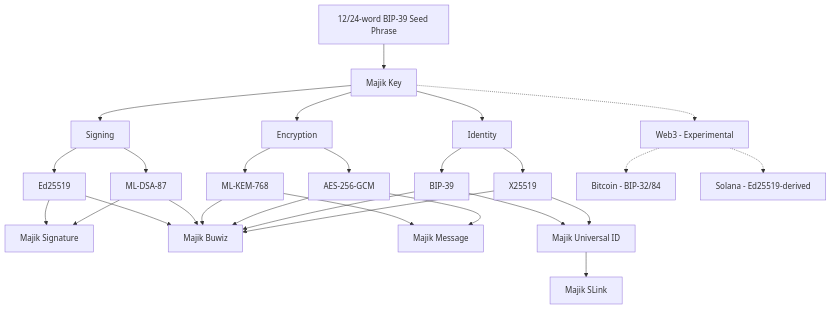
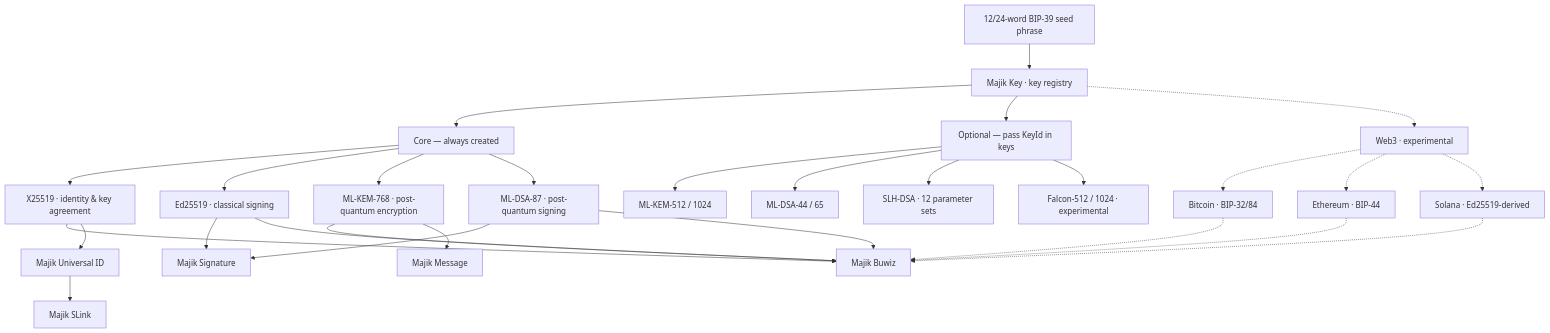
The diagram in README.md (Majikah/majik-key), drawn with Mermaid before and after one commit. The commit also changed other lines of this file and 17 other files, not shown here.

````diff
--- a/README.md
+++ b/README.md
@@ -40,44 +303,37 @@
 ```mermaid
 flowchart TD
-    A[12/24-word BIP-39 Seed Phrase] --> B[Majik Key]
+    A["12/24-word BIP-39 seed phrase"] --> B["Majik Key · key registry"]
 
-    %% Signing branch
-    B --> S[Signing]
-    S --> S1[Ed25519]
-    S --> S2[ML-DSA-87]
+    B --> C["Core — always created"]
+    C --> C1["X25519 · identity & key agreement"]
+    C --> C2["Ed25519 · classical signing"]
+    C --> C3["ML-KEM-768 · post-quantum encryption"]
+    C --> C4["ML-DSA-87 · post-quantum signing"]
 
-    %% Encryption branch
-    B --> E[Encryption]
-    E --> E1[ML-KEM-768]
-    E --> E2[AES-256-GCM]
+    B --> O["Optional — pass KeyId in keys"]
+    O --> O1["ML-KEM-512 / 1024"]
+    O --> O2["ML-DSA-44 / 65"]
+    O --> O3["SLH-DSA · 12 parameter sets"]
+    O --> O4["Falcon-512 / 1024 · experimental"]
 
-    %% Identity branch
-    B --> I[Identity]
-    I --> I1[BIP-39]
-    I --> I2[X25519]
+    B -.-> W["Web3 · experimental"]
+    W -.-> W1["Bitcoin · BIP-32/84"]
+    W -.-> W2["Ethereum · BIP-44"]
+    W -.-> W3["Solana · Ed25519-derived"]
 
-    %% Experimental Web3 branch
-    B -.-> W[Web3 - Experimental]
-    W -.-> W1[Bitcoin - BIP-32/84]
-    W -.-> W2[Solana - Ed25519-derived]
+    C2 --> P1["Majik Signature"]
+    C4 --> P1
 
-    %% Products (fan-in)
-    S1 --> P1[Majik Signature]
-    S2 --> P1
+    C2 --> P2["Majik Buwiz"]
+    C3 --> P2
+    C4 --> P2
+    C1 --> P2
+    W1 -.-> P2
+    W2 -.-> P2
+    W3 -.-> P2
 
-    S1 --> P2[Majik Buwiz]
-    S2 --> P2
-    E1 --> P2
-    E2 --> P2
-    I1 --> P2
-    I2 --> P2
-    
+    C3 --> P3["Majik Message"]
 
-    E1 --> P3[Majik Message]
-    E2 --> P3
-
-    I1 --> P4[Majik Universal ID]
-    I2 --> P4
-
-    P4 --> P5[Majik SLink]
+    C1 --> P4["Majik Universal ID"]
+    P4 --> P5["Majik SLink"]
 ```
````
